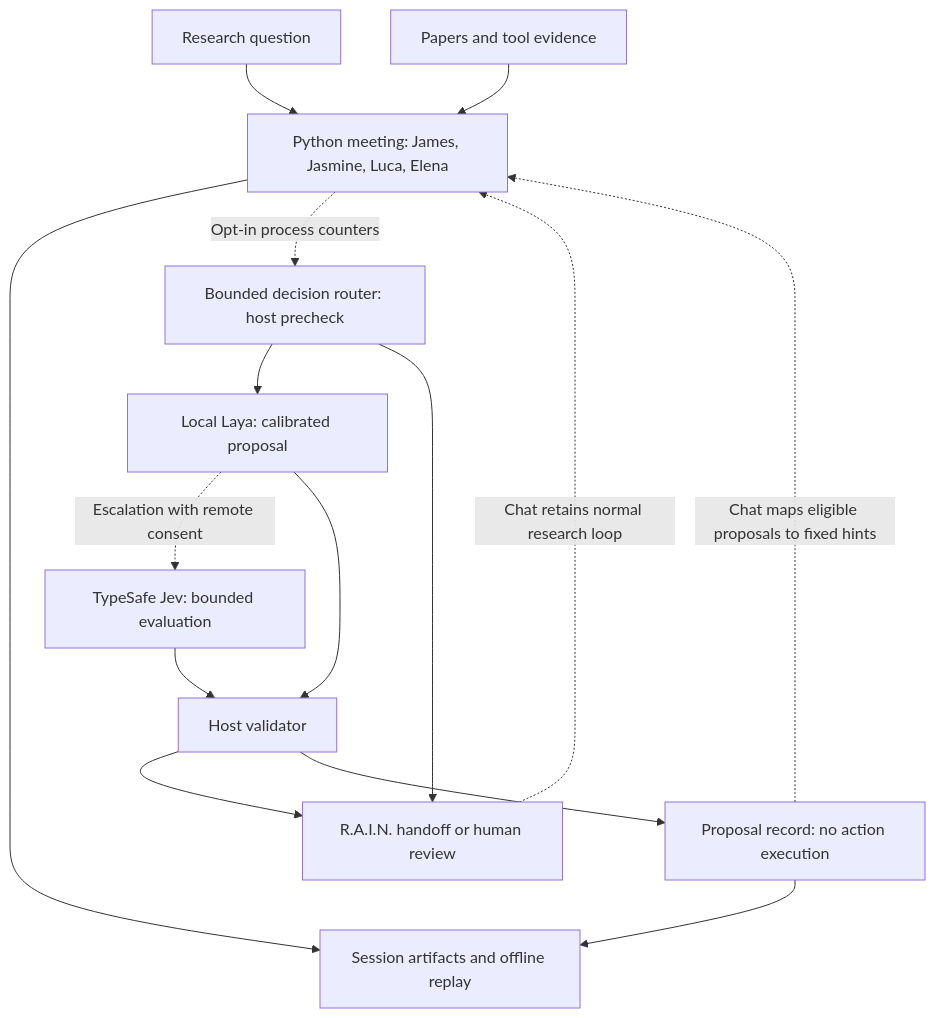
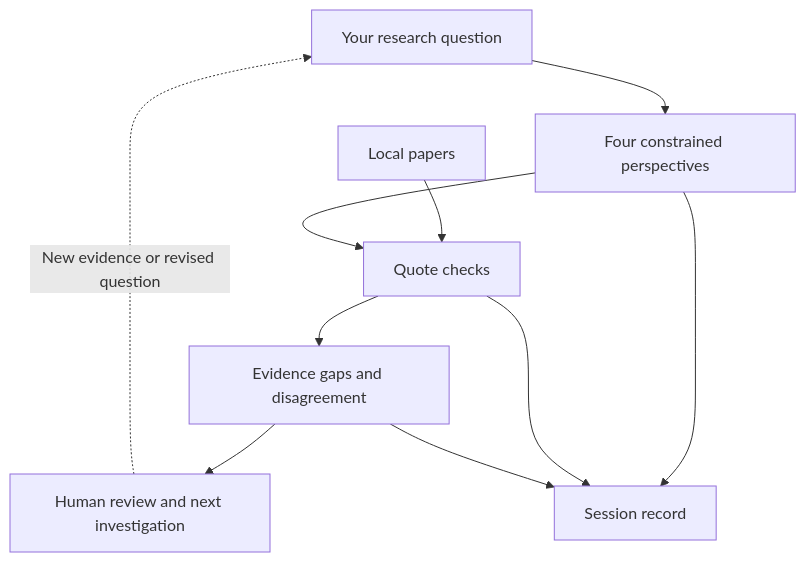
Before and after one commit to topherchris420/james_library: the diagram in README.md, drawn with Mermaid. The commit also changed other lines of this file and 5 other files, not shown here.

````diff
--- a/README.md
+++ b/README.md
@@ -77,17 +107,12 @@
 ```mermaid
 flowchart TD
-    Q["Research question"] --> M["Python meeting: James, Jasmine, Luca, Elena"]
-    P["Papers and tool evidence"] --> M
-    M --> A["Session artifacts and offline replay"]
-    M -. "Opt-in process counters" .-> R["Bounded decision router: host precheck"]
-    R --> L["Local Laya: calibrated proposal"]
-    L -. "Escalation with remote consent" .-> J["TypeSafe Jev: bounded evaluation"]
-    L --> V["Host validator"]
-    J --> V
-    R --> H["R.A.I.N. handoff or human review"]
-    V --> H
-    V --> D["Proposal record: no action execution"]
+    Q["Your research question"] --> M["Four constrained perspectives"]
+    P["Local papers"] --> C["Quote checks"]
+    M --> C
+    C --> D["Evidence gaps and disagreement"]
+    D --> N["Human review and next investigation"]
+    N -. "New evidence or revised question" .-> Q
+    M --> A["Session record"]
+    C --> A
     D --> A
-    D -. "Chat maps eligible proposals to fixed hints" .-> M
-    H -. "Chat retains normal research loop" .-> M
 ```
````
